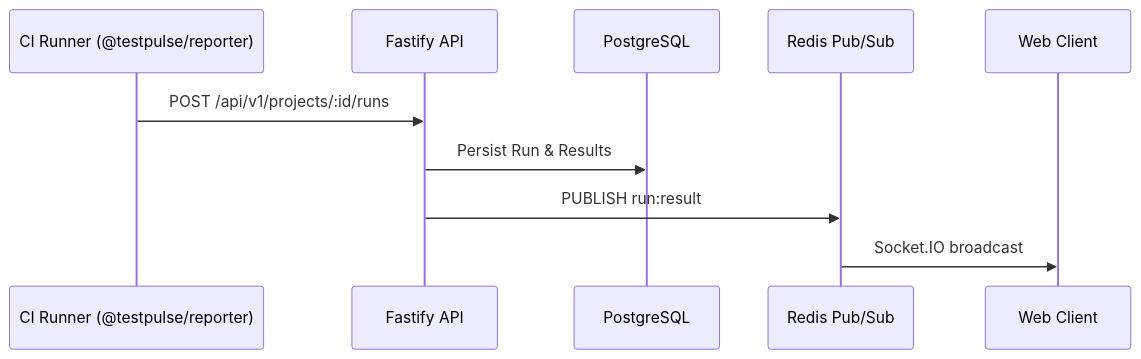
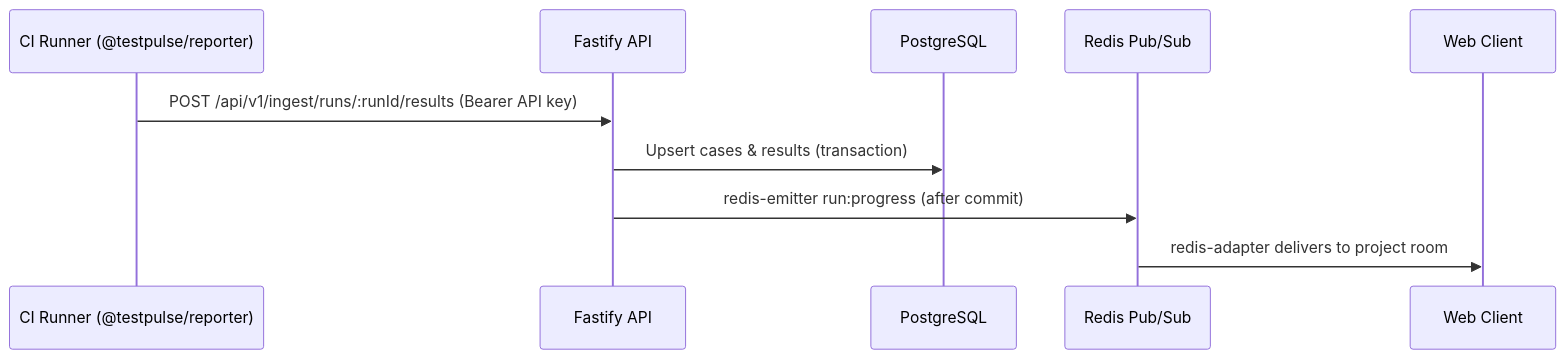
Before and after one commit to munna7862/TestPulse: the diagram in .agents/skills/doc-implementation-standards/SKILL.md, drawn with Mermaid. The commit also changed other lines of this file and 87 other files, not shown here.

````diff
--- a/.agents/skills/doc-implementation-standards/SKILL.md
+++ b/.agents/skills/doc-implementation-standards/SKILL.md
@@ -114,13 +121,13 @@
 ```mermaid
 sequenceDiagram
     participant CI as CI Runner (@testpulse/reporter)
     participant API as Fastify API
     participant DB as PostgreSQL
     participant Redis as Redis Pub/Sub
     participant Client as Web Client
 
-    CI->>API: POST /api/v1/projects/:id/runs
-    API->>DB: Persist Run & Results
-    API->>Redis: PUBLISH run:result
-    Redis->>Client: Socket.IO broadcast
+    CI->>API: POST /api/v1/ingest/runs/:runId/results (Bearer API key)
+    API->>DB: Upsert cases & results (transaction)
+    API->>Redis: redis-emitter run:progress (after commit)
+    Redis->>Client: redis-adapter delivers to project room
 ```
````
